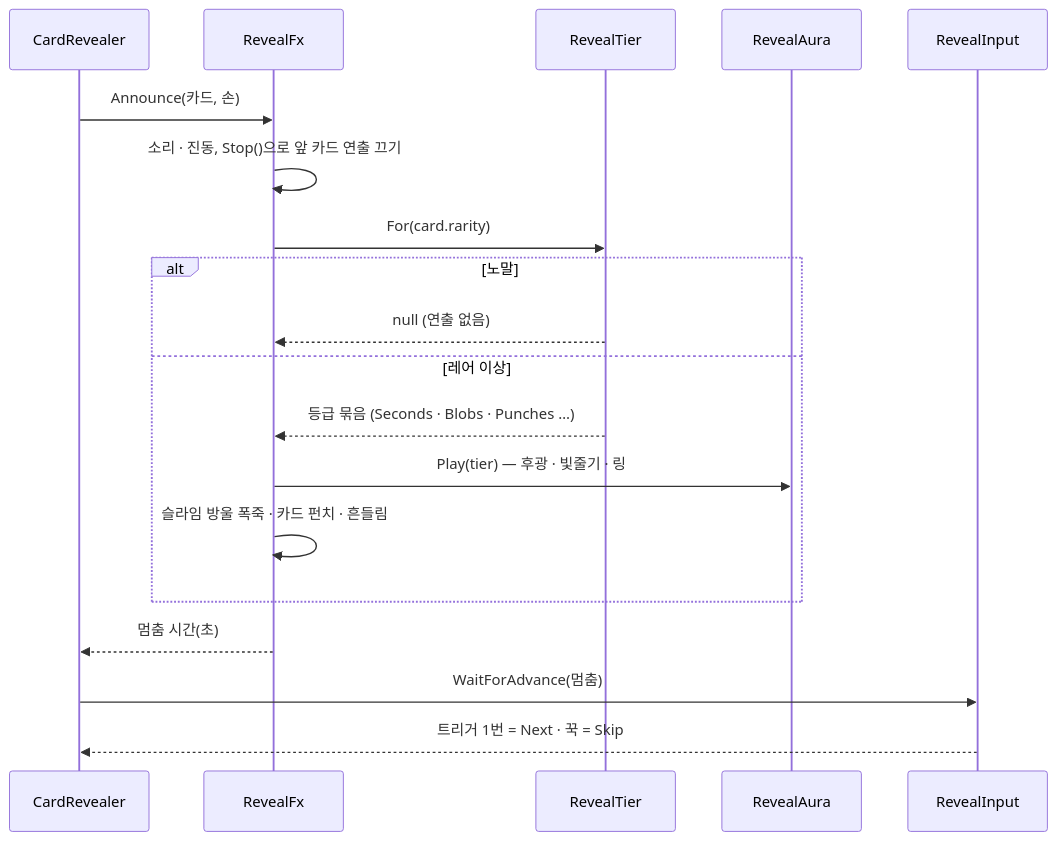
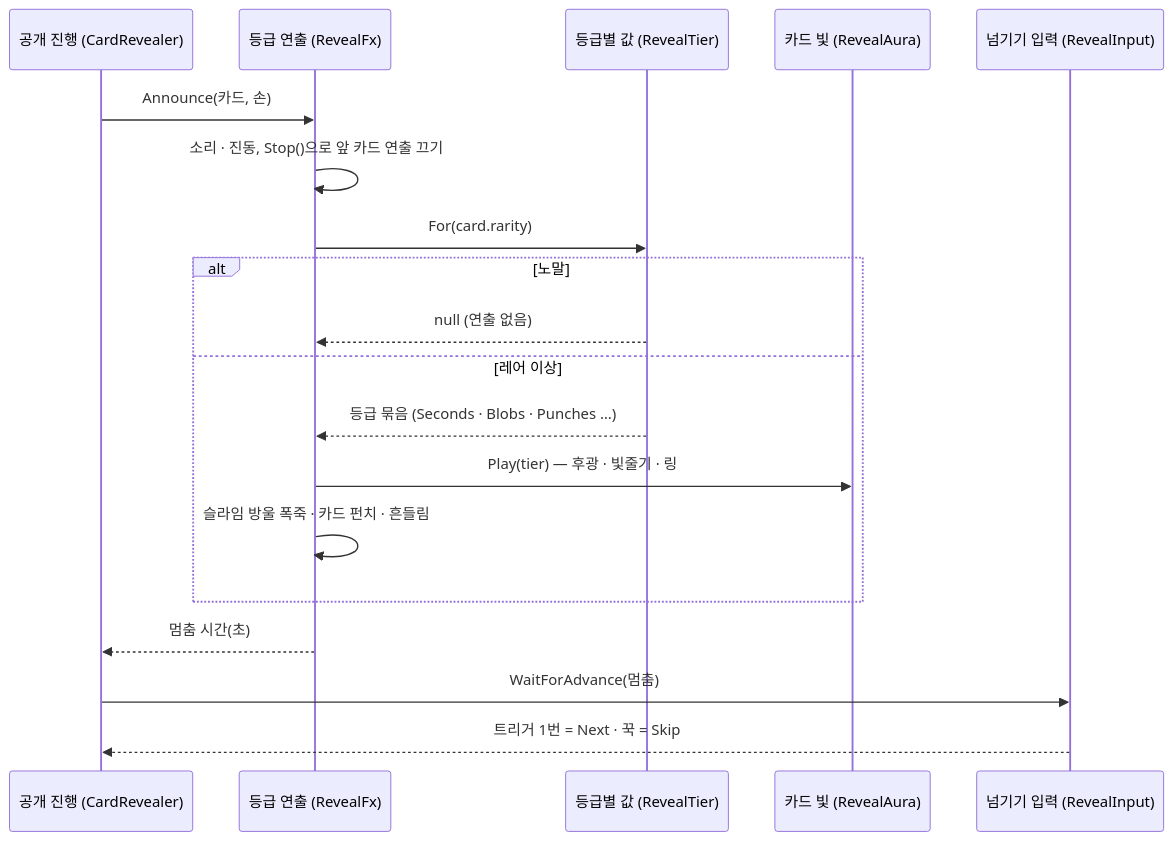
The second of 3 diagrams in src/6-slime-cardshop-vr/기술문서.md (pinkshield/portfolio), drawn with Mermaid before and after one commit. The commit also changed other lines of this file, not shown here.

Commit message:
슬라임 문서 퇴고: 코드 머리줄 행 번호, 구조 그림 참여자를 「역할 (이름)」으로

````diff
--- a/src/6-slime-cardshop-vr/기술문서.md
+++ b/src/6-slime-cardshop-vr/기술문서.md
@@ -113,21 +113,21 @@
 ```mermaid
 sequenceDiagram
-    participant CR as CardRevealer
-    participant FX as RevealFx
-    participant T as RevealTier
-    participant A as RevealAura
-    participant IN as RevealInput
+    participant CR as 공개 진행 (CardRevealer)
+    participant FX as 등급 연출 (RevealFx)
+    participant T as 등급별 값 (RevealTier)
+    participant A as 카드 빛 (RevealAura)
+    participant IN as 넘기기 입력 (RevealInput)
     CR->>FX: Announce(카드, 손)
     FX->>FX: 소리 · 진동, Stop()으로 앞 카드 연출 끄기
     FX->>T: For(card.rarity)
     alt 노말
         T-->>FX: null (연출 없음)
     else 레어 이상
         T-->>FX: 등급 묶음 (Seconds · Blobs · Punches …)
         FX->>A: Play(tier) — 후광 · 빛줄기 · 링
         FX->>FX: 슬라임 방울 폭죽 · 카드 펀치 · 흔들림
     end
     FX-->>CR: 멈춤 시간(초)
     CR->>IN: WaitForAdvance(멈춤)
     IN-->>CR: 트리거 1번 = Next · 꾹 = Skip
 ```
````
